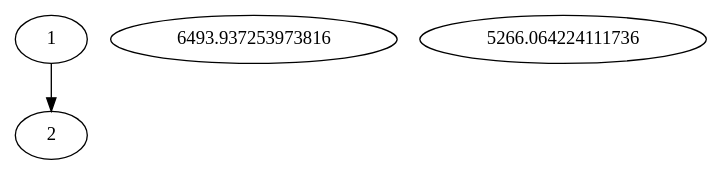
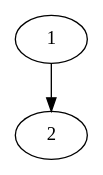
One commit to GArad89/model_exploration changed the diagram in engine/dot/g1.dot. Above: the diagram before and after it, drawn with Graphviz. The commit also changed 2 other files, not shown here.

```diff
--- a/engine/dot/g1.dot
+++ b/engine/dot/g1.dot
@@ -1,7 +1,5 @@
-digraph "G" {
-1 [attr="{'foo': 5, 'baz': 4}"];
-2 [attr="{'foo': 'a', 'baz': 'c'}"];
-"6493.937253973816" [attr="{}"];
-"5266.064224111736" [attr="{}"];
-1 -> 2  [key=0];
-}
+strict digraph  { 
+1 [attr="{'foo': 5, 'baz': 4}"]; 
+2 [attr="{'foo': 'a', 'baz': 'c'}"]; 
+1 -> 2; 
+} 
```
